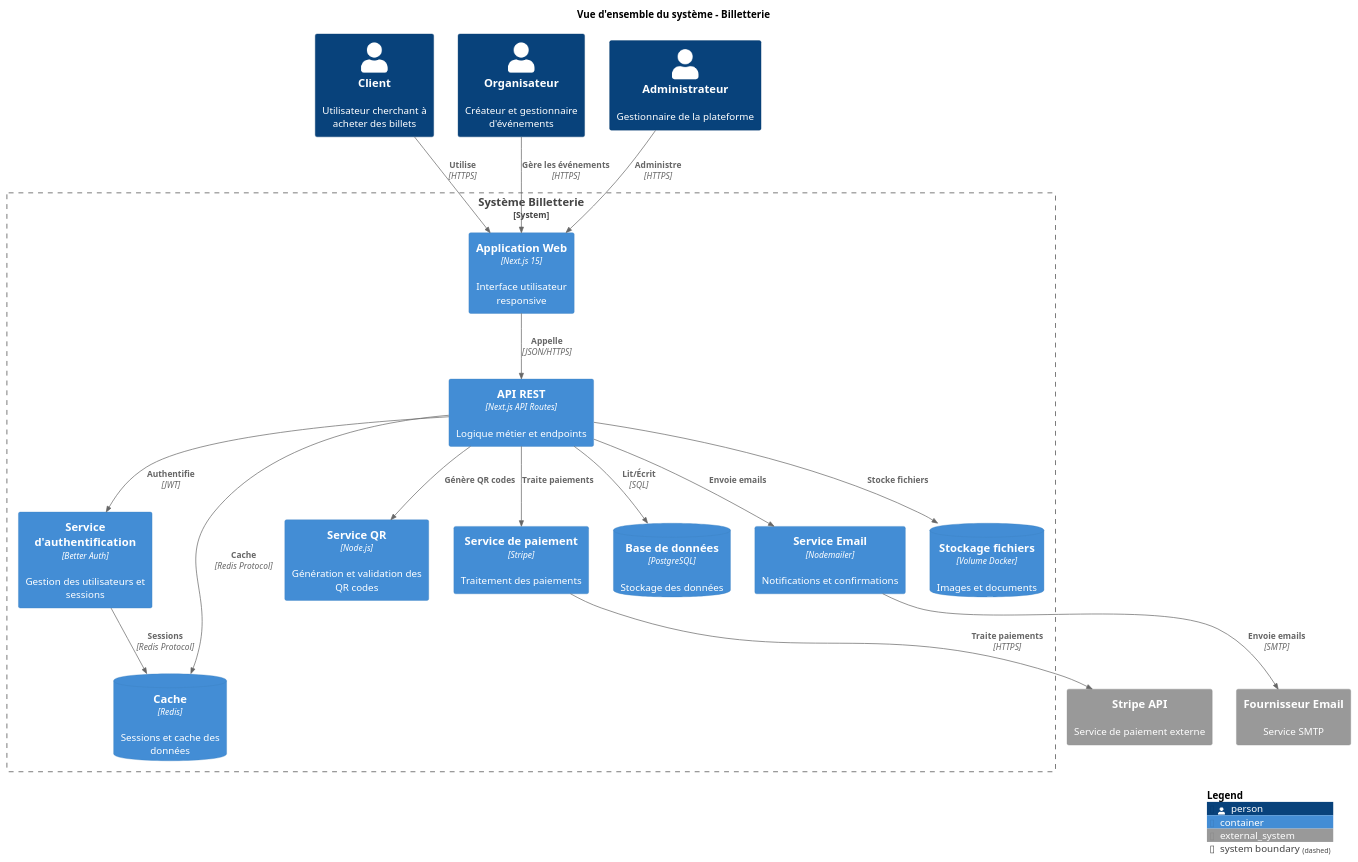
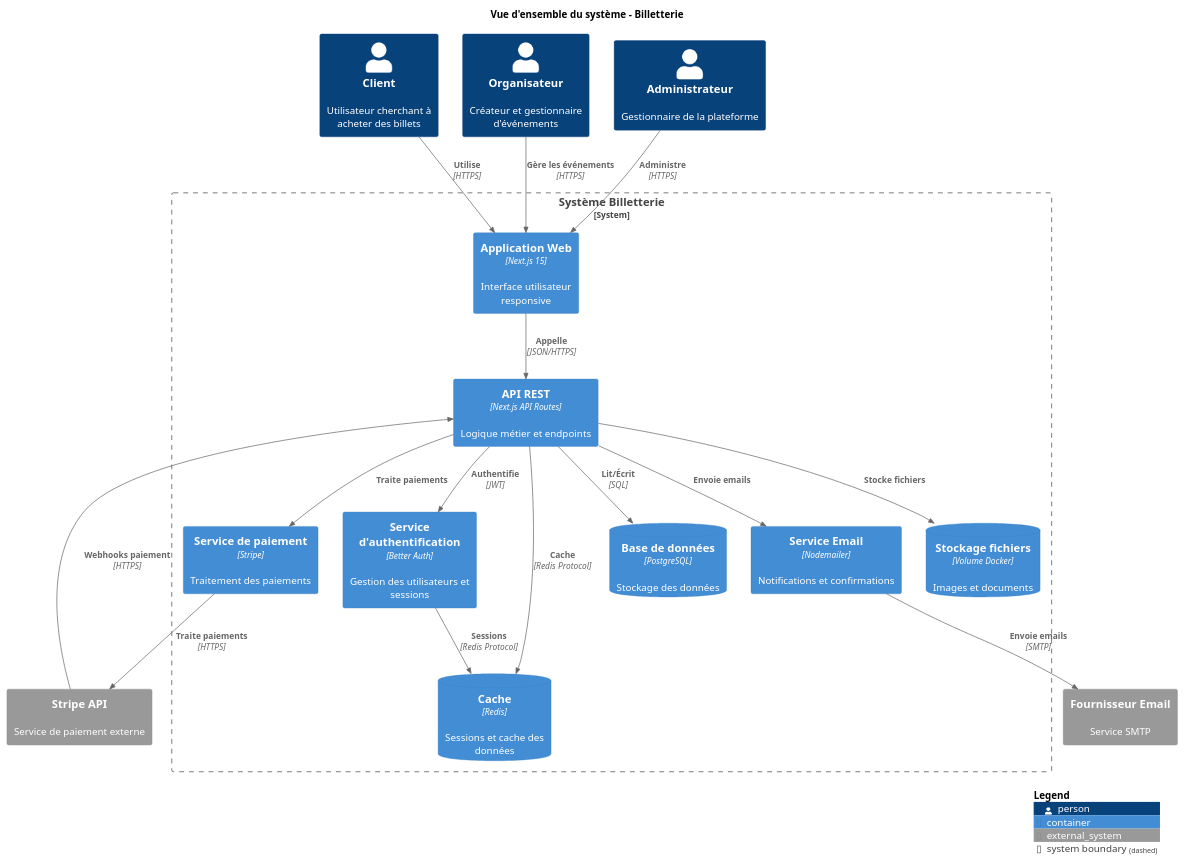
Before and after one commit to CorentinCoulet/M-C-Billetterie: the diagram in diagrams/architecture/system-overview.puml, drawn with PlantUML. The commit also changed 16 other files, not shown here.

Commit message:
épurage des diagrammes et cahier des charges, amélioration de quelques éléments UX et fonctionnels

```diff
--- a/diagrams/architecture/system-overview.puml
+++ b/diagrams/architecture/system-overview.puml
@@ -1,47 +1,47 @@
 @startuml System Overview - Billetterie
 !include https://raw.githubusercontent.com/plantuml-stdlib/C4-PlantUML/master/C4_Container.puml
 
 title Vue d'ensemble du système - Billetterie
 
 Person(customer, "Client", "Utilisateur cherchant à acheter des billets")
 Person(organizer, "Organisateur", "Créateur et gestionnaire d'événements")
 Person(admin, "Administrateur", "Gestionnaire de la plateforme")
 
 System_Boundary(billetterie, "Système Billetterie") {
     Container(webapp, "Application Web", "Next.js 15", "Interface utilisateur responsive")
     Container(api, "API REST", "Next.js API Routes", "Logique métier et endpoints")
     Container(auth, "Service d'authentification", "Better Auth", "Gestion des utilisateurs et sessions")
     Container(payment, "Service de paiement", "Stripe", "Traitement des paiements")
-    Container(qr, "Service QR", "Node.js", "Génération et validation des QR codes")
     Container(email, "Service Email", "Nodemailer", "Notifications et confirmations")
     
     ContainerDb(db, "Base de données", "PostgreSQL", "Stockage des données")
     ContainerDb(cache, "Cache", "Redis", "Sessions et cache des données")
     ContainerDb(files, "Stockage fichiers", "Volume Docker", "Images et documents")
 }
 
 System_Ext(stripe_api, "Stripe API", "Service de paiement externe")
 System_Ext(email_provider, "Fournisseur Email", "Service SMTP")
 
 ' Relations utilisateurs
 Rel(customer, webapp, "Utilise", "HTTPS")
 Rel(organizer, webapp, "Gère les événements", "HTTPS")
 Rel(admin, webapp, "Administre", "HTTPS")
 
 ' Relations internes
 Rel(webapp, api, "Appelle", "JSON/HTTPS")
 Rel(api, auth, "Authentifie", "JWT")
 Rel(api, db, "Lit/Écrit", "SQL")
 Rel(api, cache, "Cache", "Redis Protocol")
 Rel(auth, cache, "Sessions", "Redis Protocol")
 Rel(api, payment, "Traite paiements")
-Rel(api, qr, "Génère QR codes")
+' QR Code géré en module interne de l'API (pas de conteneur séparé)
 Rel(api, email, "Envoie emails")
 Rel(api, files, "Stocke fichiers")
 
 ' Relations externes
 Rel(payment, stripe_api, "Traite paiements", "HTTPS")
+Rel(stripe_api, api, "Webhooks paiement", "HTTPS")
 Rel(email, email_provider, "Envoie emails", "SMTP")
 
 SHOW_LEGEND()
 @enduml
```
